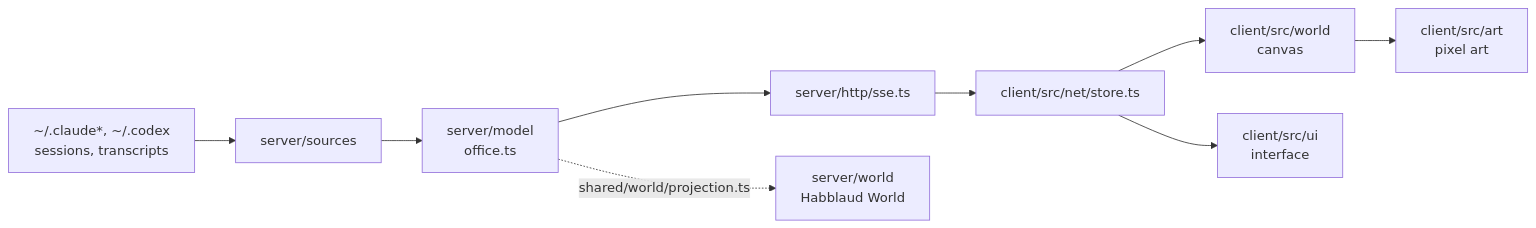
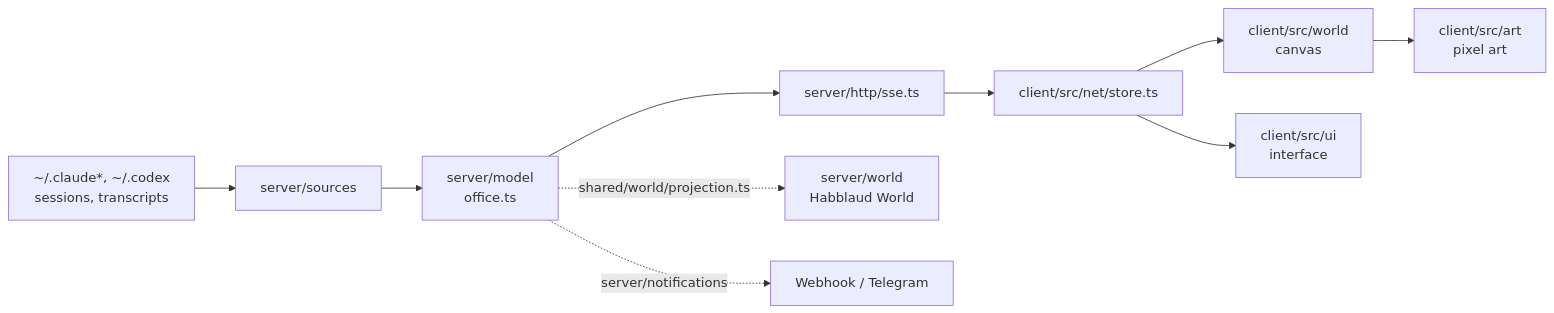
The diagram in docs/arquitetura.md (Marks-VB/HabbAI), drawn with Mermaid before and after one commit. The commit also changed other lines of this file and 33 other files, not shown here.

````diff
--- a/docs/arquitetura.md
+++ b/docs/arquitetura.md
@@ -9,11 +9,12 @@
 ```mermaid
 flowchart LR
   A["~/.claude*, ~/.codex<br/>sessions, transcripts"] --> B["server/sources"]
   B --> C["server/model<br/>office.ts"]
   C --> D["server/http/sse.ts"]
   D --> E["client/src/net/store.ts"]
   E --> F["client/src/world<br/>canvas"]
   E --> G["client/src/ui<br/>interface"]
   F --> H["client/src/art<br/>pixel art"]
   C -. "shared/world/projection.ts" .-> I["server/world<br/>Habblaud World"]
+  C -. "server/notifications" .-> J["Webhook / Telegram"]
 ```
````
